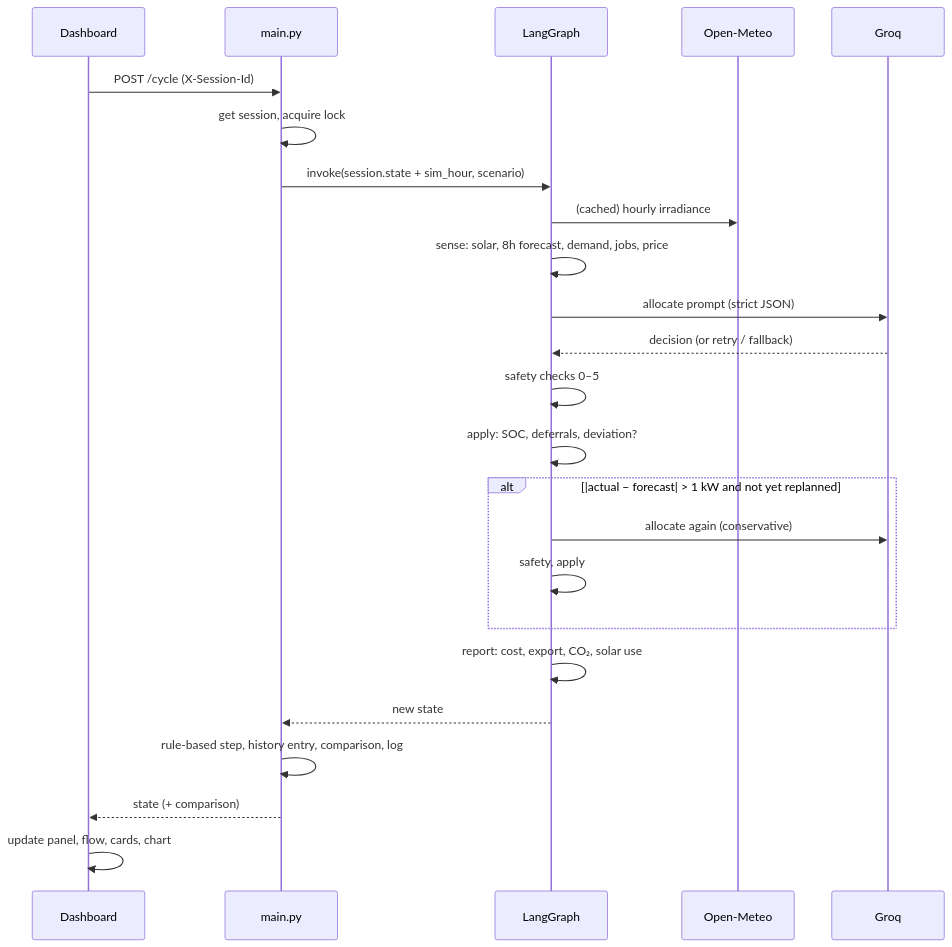
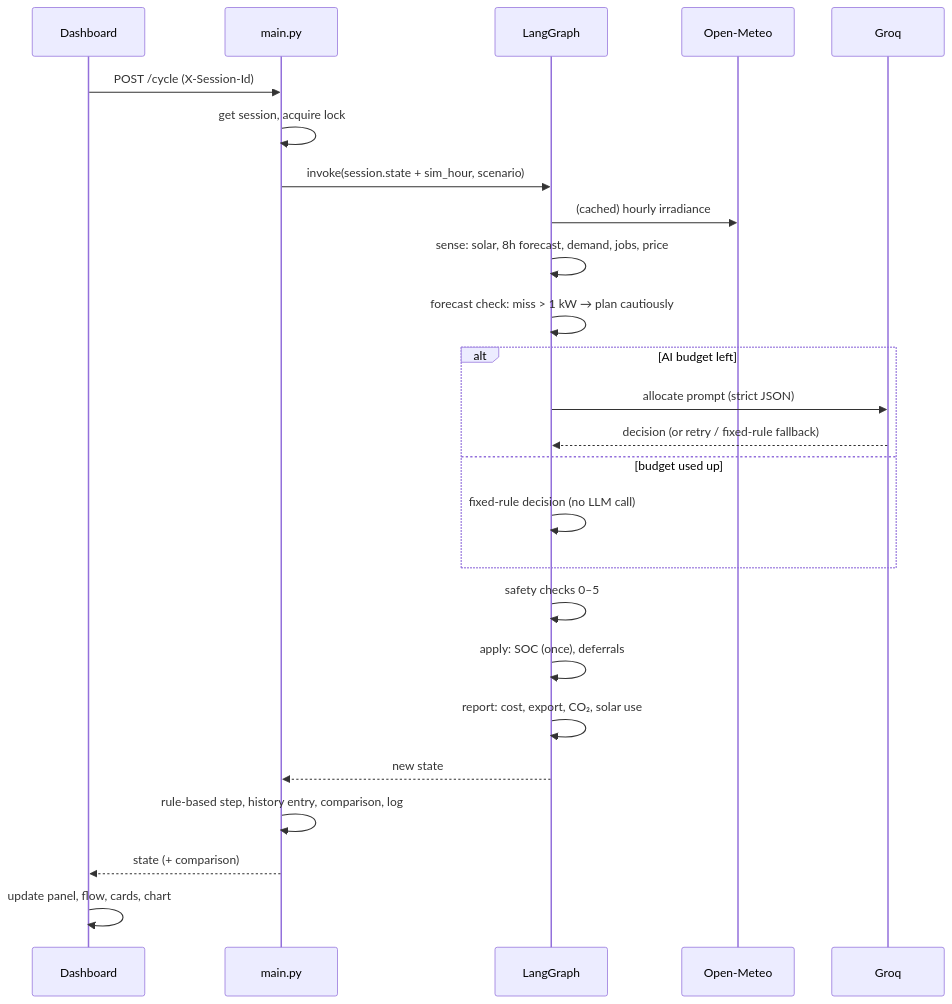
The third of 3 diagrams in docs/03-Architecture.md (ritvik302005/surya-saarthi), drawn with Mermaid before and after one commit. The commit also changed other lines of this file and 28 other files, not shown here.

First line of the commit message:
fix: decide and apply each hour once; seeds, fixed-rule fallback, demo protection (v2 Phase 0)

````diff
--- a/docs/03-Architecture.md
+++ b/docs/03-Architecture.md
@@ -86,26 +85,27 @@
 ```mermaid
 sequenceDiagram
   participant UI as Dashboard
   participant API as main.py
   participant GR as LangGraph
   participant OM as Open-Meteo
   participant LLM as Groq
   UI->>API: POST /cycle (X-Session-Id)
   API->>API: get session, acquire lock
   API->>GR: invoke(session.state + sim_hour, scenario)
   GR->>OM: (cached) hourly irradiance
   GR->>GR: sense: solar, 8h forecast, demand, jobs, price
-  GR->>LLM: allocate prompt (strict JSON)
-  LLM-->>GR: decision (or retry / fallback)
+  GR->>GR: forecast check: miss > 1 kW → plan cautiously
+  alt AI budget left
+    GR->>LLM: allocate prompt (strict JSON)
+    LLM-->>GR: decision (or retry / fixed-rule fallback)
+  else budget used up
+    GR->>GR: fixed-rule decision (no LLM call)
+  end
   GR->>GR: safety checks 0–5
-  GR->>GR: apply: SOC, deferrals, deviation?
-  alt |actual − forecast| > 1 kW and not yet replanned
-    GR->>LLM: allocate again (conservative)
-    GR->>GR: safety, apply
-  end
+  GR->>GR: apply: SOC (once), deferrals
   GR->>GR: report: cost, export, CO₂, solar use
   GR-->>API: new state
   API->>API: rule-based step, history entry, comparison, log
   API-->>UI: state (+ comparison)
   UI->>UI: update panel, flow, cards, chart
 ```
````
